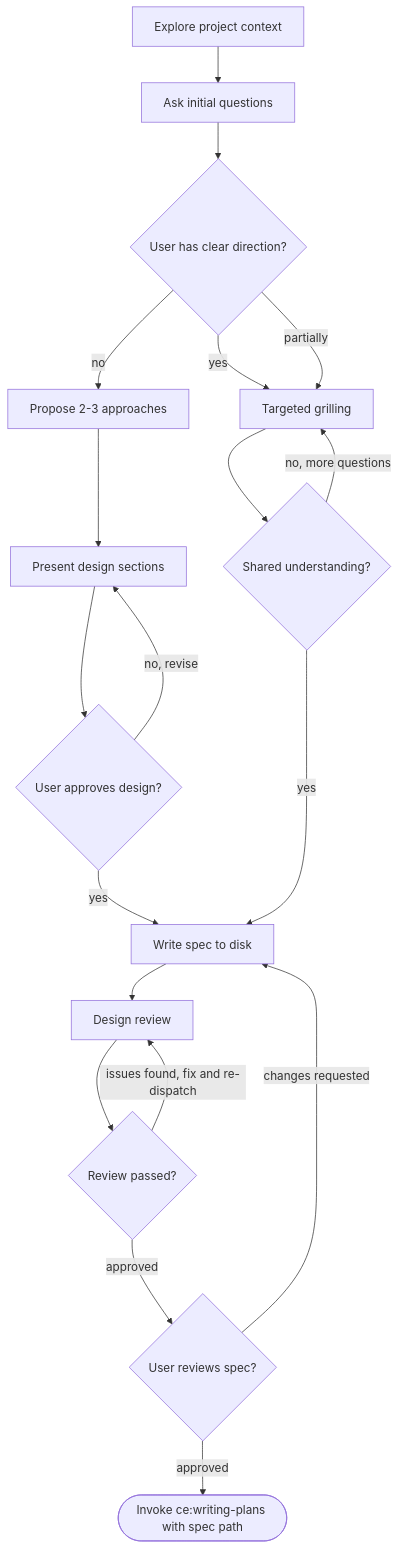
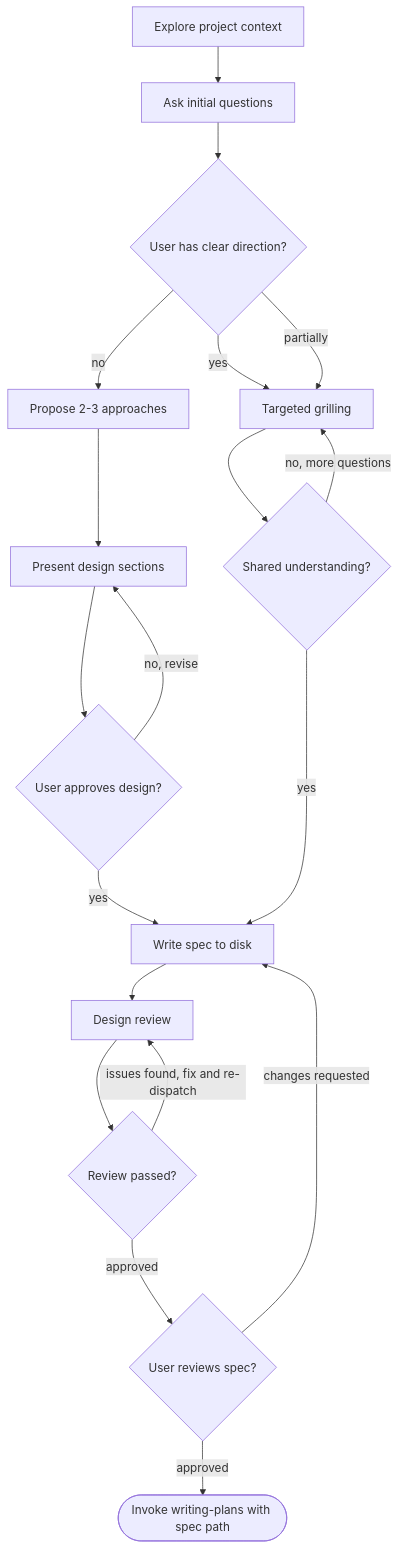
The diagram in skills/grilling/SKILL.md (Broderick-Westrope/dotagents), drawn with Mermaid before and after one commit. The commit also changed 7 other files, not shown here.

````diff
--- a/skills/grilling/SKILL.md
+++ b/skills/grilling/SKILL.md
@@ -35,21 +35,21 @@
 ```mermaid
 flowchart TD
     A[Explore project context] --> B[Ask initial questions]
     B --> C{User has clear direction?}
     C -->|yes| D[Targeted grilling]
     C -->|no| E[Propose 2-3 approaches]
     C -->|partially| D
     D --> F{Shared understanding?}
     F -->|no, more questions| D
     E --> G[Present design sections]
     G --> H{User approves design?}
     H -->|no, revise| G
     H -->|yes| I[Write spec to disk]
     F -->|yes| I
     I --> J[Design review]
     J --> K{Review passed?}
     K -->|issues found, fix and re-dispatch| J
     K -->|approved| L{User reviews spec?}
     L -->|changes requested| I
-    L -->|approved| M([Invoke ce:writing-plans with spec path])
+    L -->|approved| M([Invoke writing-plans with spec path])
 ```
````
